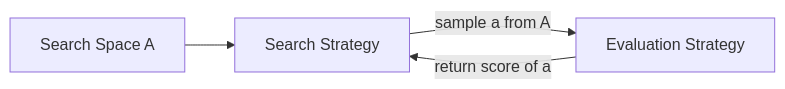
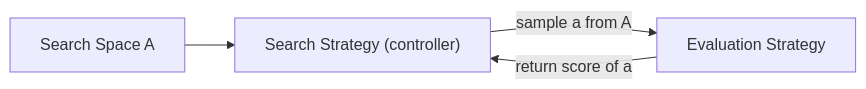
The diagram in docs/nas/nas.md (mydmdm/spinning-up), drawn with Mermaid before and after one commit. The commit also changed other lines of this file and 1 other file, not shown here.

````diff
--- a/docs/nas/nas.md
+++ b/docs/nas/nas.md
@@ -28,6 +34,6 @@
 ```mermaid
 flowchart LR
-space[Search Space A] --> controller[Search Strategy]
+space[Search Space A] --> controller["Search Strategy (controller)"]
 controller -->|sample a from A| eval[Evaluation Strategy]
 eval -->|return score of a| controller
 ```
````
